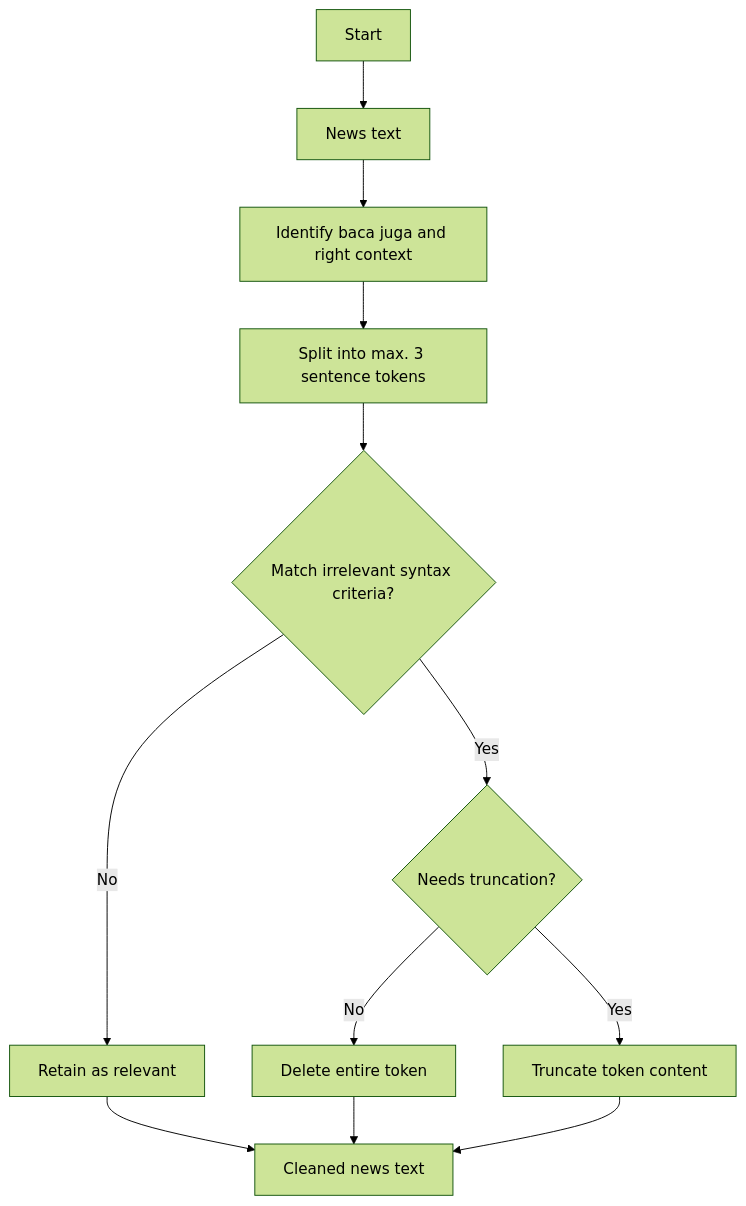
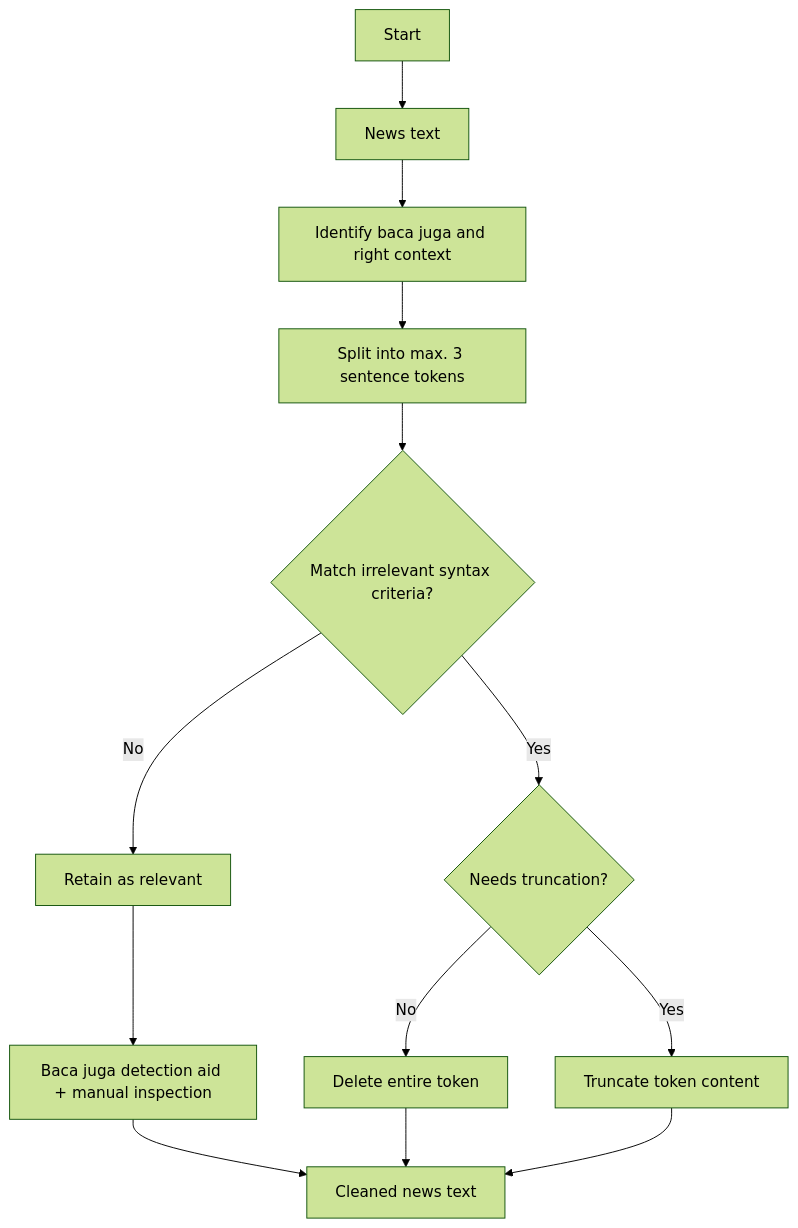
The diagram in README.md (alanindra/baca-juga-cleaner), drawn with Mermaid (forest theme) before and after one commit.

````diff
--- a/README.md
+++ b/README.md
@@ -22,14 +22,15 @@
 ```mermaid
 flowchart TD
   A[Start] --> B[News text]
   B --> C[Identify baca juga and right context]
   C --> D[Split into max. 3 sentence tokens]
   D --> E{Match irrelevant syntax criteria?}
   E -- Yes --> F{Needs truncation?}
   E -- No --> G[Retain as relevant]
   F -- No --> H[Delete entire token]
   F -- Yes --> I[Truncate token content]
-  G --> J[Cleaned news text]
-  H --> J
-  I --> J
+  G --> J[Baca juga detection aid + manual inspection]
+  J --> K[Cleaned news text]
+  H --> K
+  I --> K
 ```
````
